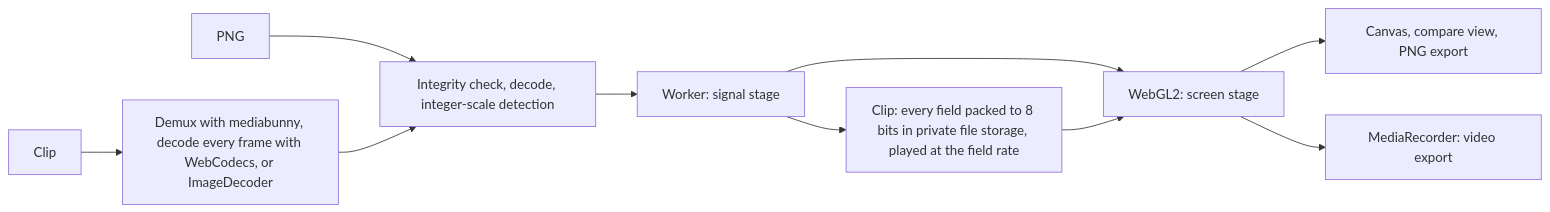
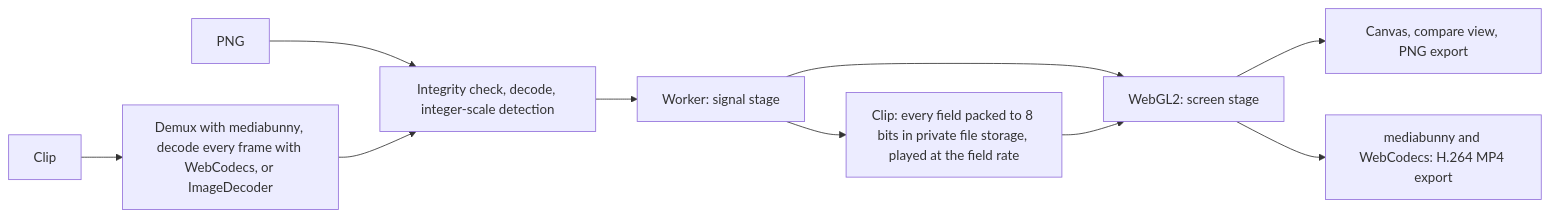
Before and after one commit to gufranco/nijimi: the diagram in REFERENCE.md, drawn with Mermaid. The commit also changed other lines of this file and 14 other files, not shown here.

First line of the commit message:
fix: export video as a regular H.264 MP4

````diff
--- a/REFERENCE.md
+++ b/REFERENCE.md
@@ -7,12 +7,12 @@
 ```mermaid
 flowchart LR
   A[PNG] --> B[Integrity check, decode, integer-scale detection]
   V[Clip] --> W[Demux with mediabunny, decode every frame with WebCodecs, or ImageDecoder]
   W --> B
   B --> C[Worker: signal stage]
   C --> D[WebGL2: screen stage]
   D --> E[Canvas, compare view, PNG export]
   C --> P[Clip: every field packed to 8 bits in private file storage, played at the field rate]
   P --> D
-  D --> R[MediaRecorder: video export]
+  D --> R[mediabunny and WebCodecs: H.264 MP4 export]
 ```
````
